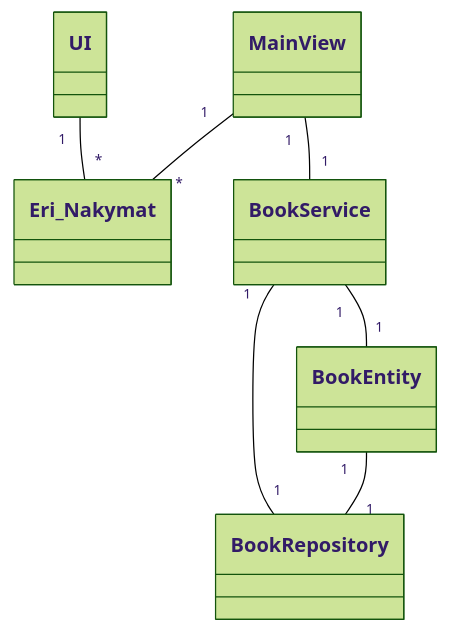
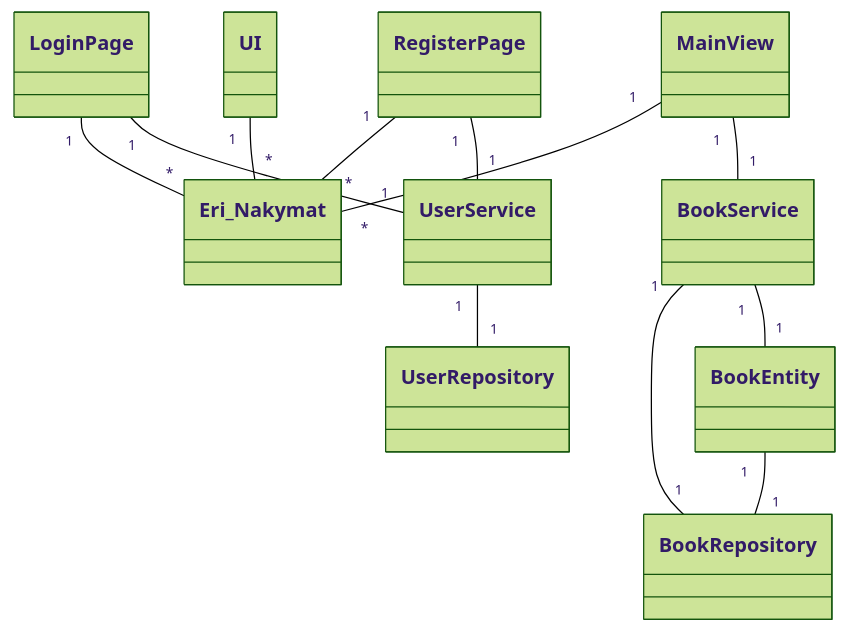
The first of 5 diagrams in dokumentaatio/arkkitehtuuri.md (Iltsukka/ot-harjoitusty), drawn with Mermaid (forest theme) before and after one commit. The commit also changed other lines of this file, not shown here.

````diff
--- a/dokumentaatio/arkkitehtuuri.md
+++ b/dokumentaatio/arkkitehtuuri.md
@@ -5,9 +5,14 @@
 ```mermaid
 classDiagram
-  UI "1" --"*" Eri_Nakymat
+  LoginPage "1" -- "*" Eri_Nakymat
+  RegisterPage "1" -- "*" Eri_Nakymat
+  LoginPage "1" -- "1" UserService
+  UserService "1" -- "1" UserRepository
+  RegisterPage "1" -- "1" UserService
+  UI "1" -- "*" Eri_Nakymat
   MainView "1" -- "*" Eri_Nakymat
   MainView "1" -- "1" BookService
   BookService "1" -- "1" BookRepository
   BookService "1" -- "1" BookEntity
   BookEntity "1" -- "1" BookRepository
 ```
````
